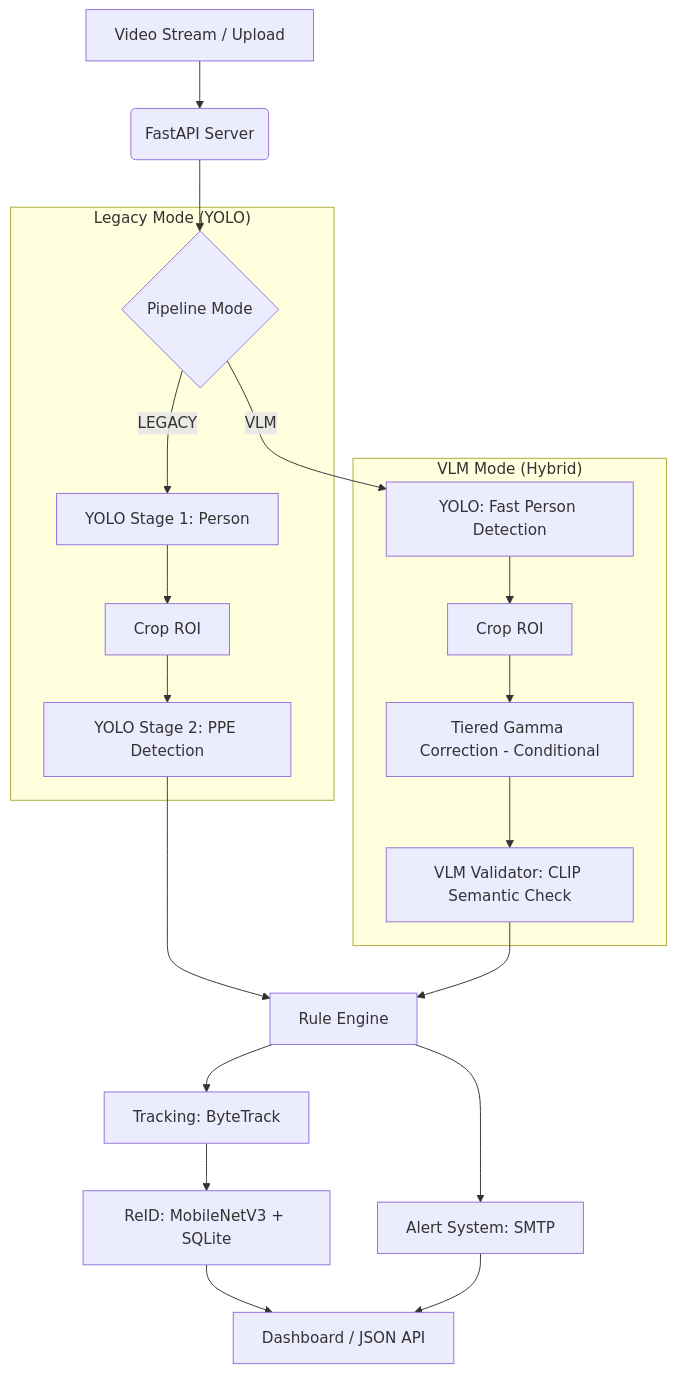
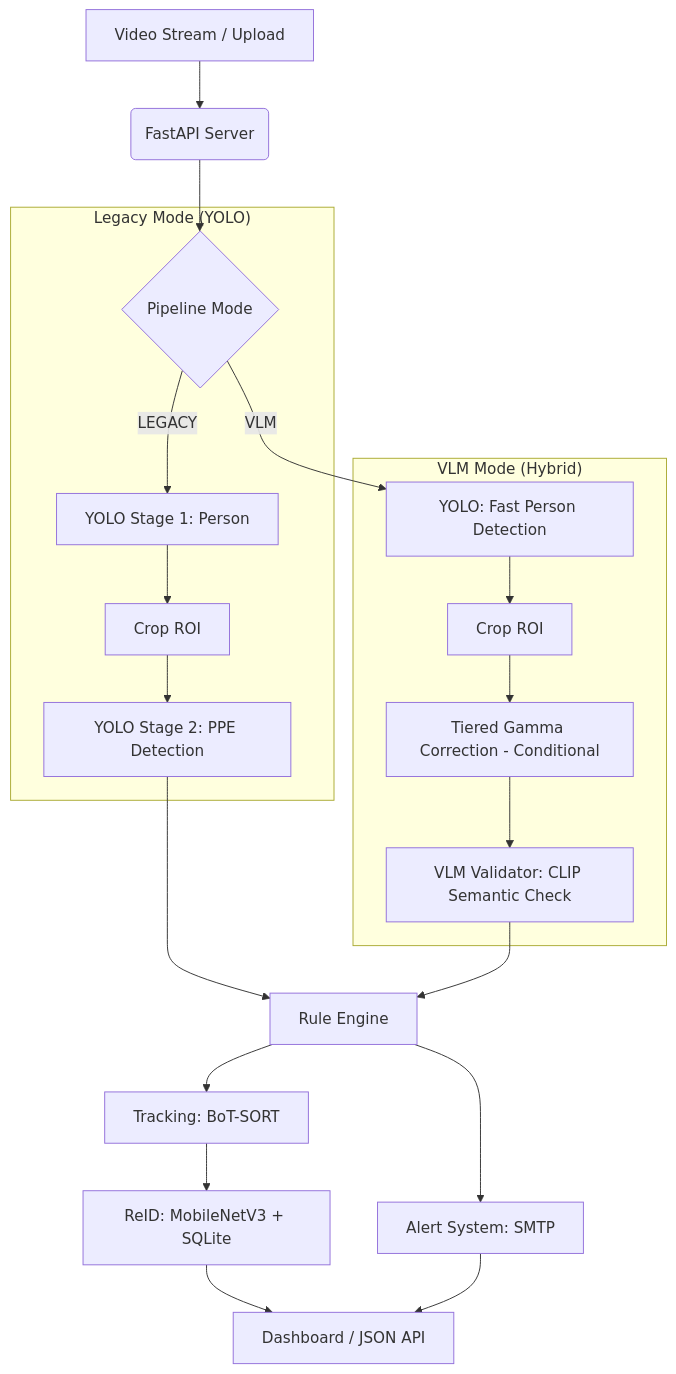
Before and after one commit to Susmita87/ppe-detection-synergy-project: the diagram in README.md, drawn with Mermaid. The commit also changed other lines of this file, not shown here.

````diff
--- a/README.md
+++ b/README.md
@@ -18,28 +18,28 @@
 ```mermaid
 graph TD
     A[Video Stream / Upload] --> B(FastAPI Server)
     B --> C{Pipeline Mode}
     
     subgraph "Legacy Mode (YOLO)"
         C -- "LEGACY" --> L1[YOLO Stage 1: Person]
         L1 --> L2[Crop ROI]
         L2 --> L3[YOLO Stage 2: PPE Detection]
     end
     
     subgraph "VLM Mode (Hybrid)"
         C -- "VLM" --> V1[YOLO: Fast Person Detection]
         V1 --> V2[Crop ROI]
         V2 --> V_GAMMA[Tiered Gamma Correction - Conditional]
         V_GAMMA --> V3[VLM Validator: CLIP Semantic Check]
     end
     
     L3 --> D[Rule Engine]
     V3 --> D
     
-    D --> E[Tracking: ByteTrack]
+    D --> E[Tracking: BoT-SORT]
     E --> F[ReID: MobileNetV3 + SQLite]
     
     D --> G[Alert System: SMTP]
     F --> H[Dashboard / JSON API]
     G --> H
 ```
````
